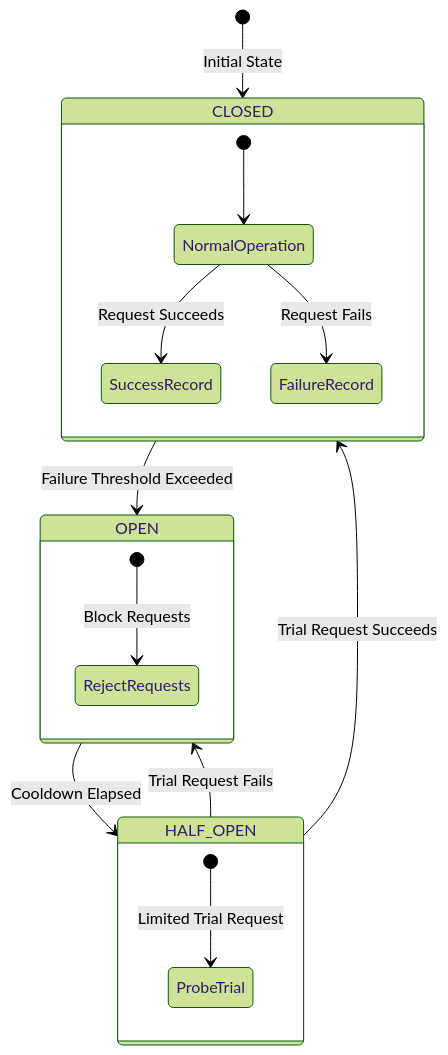
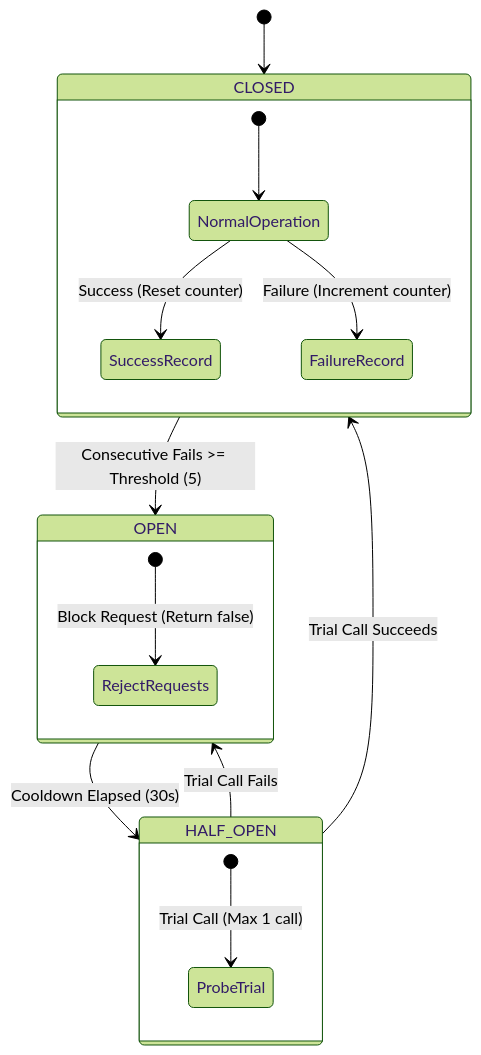
Before and after one commit to Chief-Strategist-J/llm-observability-platform: the fifth of 6 diagrams in packages/configs/llm-obs-infra/docs/architectureDoc/adr-0009-service-registry-and-discovery.md, drawn with Mermaid (forest theme). The commit also changed other lines of this file, not shown here.

Commit message:
fix(docs): refactor lease sweep flowchart to pure DAG in ADR-0009 to fix Dagre distance rendering error

````diff
--- a/packages/configs/llm-obs-infra/docs/architectureDoc/adr-0009-service-registry-and-discovery.md
+++ b/packages/configs/llm-obs-infra/docs/architectureDoc/adr-0009-service-registry-and-discovery.md
@@ -390,25 +395,25 @@
 ```mermaid
 stateDiagram-v2
-    [*] --> CLOSED : Initial State
+    [*] --> CLOSED
 
     state CLOSED {
         [*] --> NormalOperation
-        NormalOperation --> SuccessRecord : Request Succeeds
-        NormalOperation --> FailureRecord : Request Fails
+        NormalOperation --> SuccessRecord : Success (Reset counter)
+        NormalOperation --> FailureRecord : Failure (Increment counter)
     }
 
-    CLOSED --> OPEN : Failure Threshold Exceeded
+    CLOSED --> OPEN : Consecutive Fails >= Threshold (5)
 
     state OPEN {
-        [*] --> RejectRequests : Block Requests
+        [*] --> RejectRequests : Block Request (Return false)
     }
 
-    OPEN --> HALF_OPEN : Cooldown Elapsed
+    OPEN --> HALF_OPEN : Cooldown Elapsed (30s)
 
     state HALF_OPEN {
-        [*] --> ProbeTrial : Limited Trial Request
+        [*] --> ProbeTrial : Trial Call (Max 1 call)
     }
 
-    HALF_OPEN --> CLOSED : Trial Request Succeeds
-    HALF_OPEN --> OPEN : Trial Request Fails
+    HALF_OPEN --> CLOSED : Trial Call Succeeds
+    HALF_OPEN --> OPEN : Trial Call Fails
 ```
````
